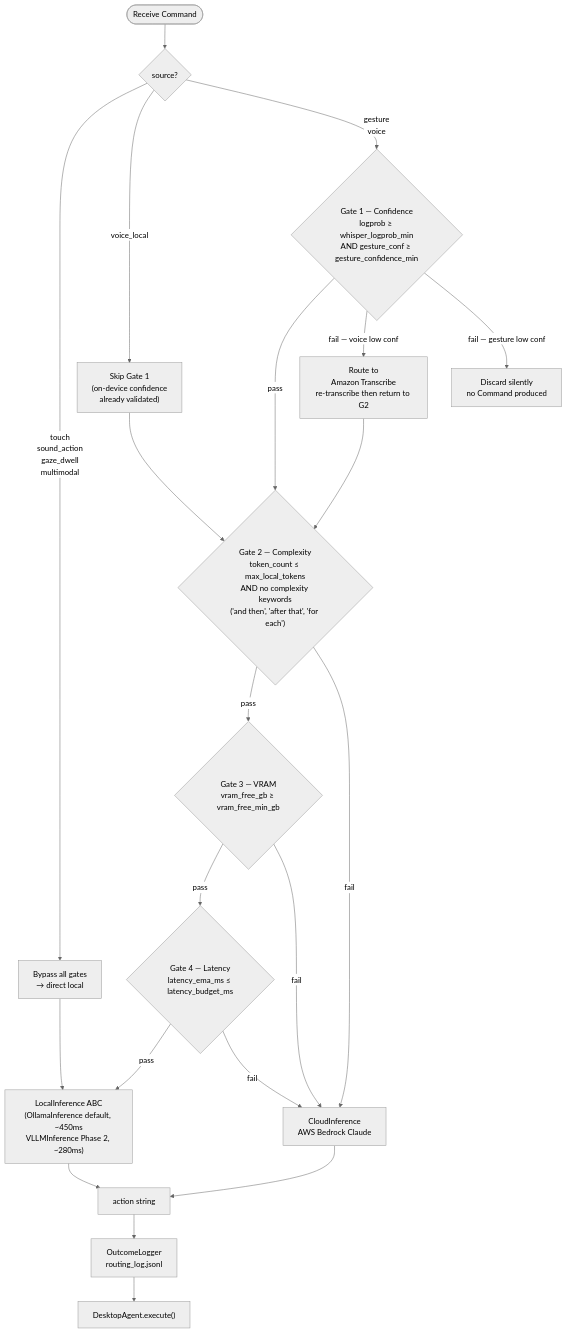
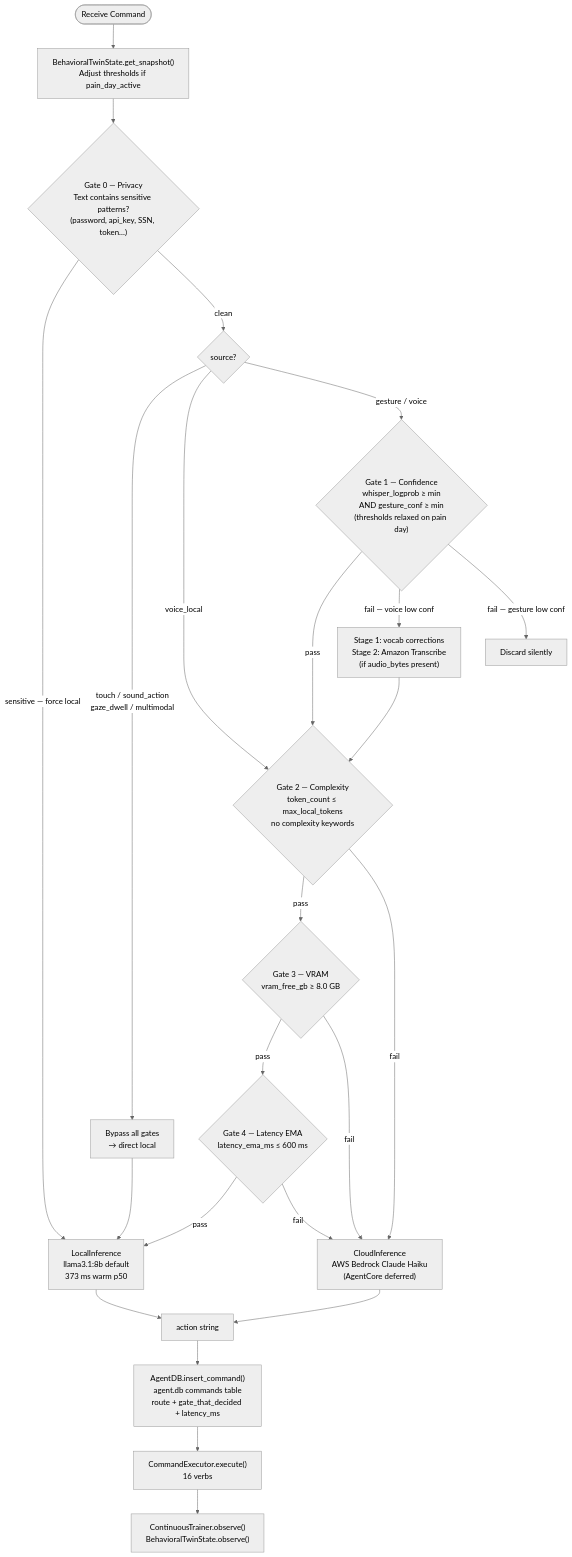
One commit to Bradly187/Personal-Desktop-Agent changed the second of 6 diagrams in .kiro/specs/ipad-sensor-focus/diagrams/06-fusion-routing.md. Above: the diagram before and after it, drawn with Mermaid (neutral theme). The commit also changed other lines of this file and 6 other files, not shown here.

````diff
--- a/.kiro/specs/ipad-sensor-focus/diagrams/06-fusion-routing.md
+++ b/.kiro/specs/ipad-sensor-focus/diagrams/06-fusion-routing.md
@@ -67,39 +67,44 @@
 ```mermaid
 flowchart TD
-    A([Receive Command]) --> B{"source?"}
+    A([Receive Command]) --> TWIN["BehavioralTwinState.get_snapshot()\nAdjust thresholds if pain_day_active"]
 
-    B -->|"touch\nsound_action\ngaze_dwell\nmultimodal"| BYPASS["Bypass all gates\n→ direct local"]
-    B -->|"voice_local"| SKIP1["Skip Gate 1\n(on-device confidence\nalready validated)"]
-    B -->|"gesture\nvoice"| G1
+    TWIN --> G0{"Gate 0 — Privacy\nText contains sensitive patterns?\n(password, api_key, SSN, token…)"}
+    G0 -->|sensitive — force local| LOCAL
+    G0 -->|clean| B
+
+    B{"source?"}
+    B -->|"touch / sound_action\ngaze_dwell / multimodal"| BYPASS["Bypass all gates\n→ direct local"]
+    B -->|"voice_local"| G2
+    B -->|"gesture / voice"| G1
 
     BYPASS --> LOCAL
-    SKIP1 --> G2
 
-    G1{"Gate 1 — Confidence\nlogprob ≥ whisper_logprob_min\nAND gesture_conf ≥ gesture_confidence_min"}
+    G1{"Gate 1 — Confidence\nwhisper_logprob ≥ min\nAND gesture_conf ≥ min\n(thresholds relaxed on pain day)"}
     G1 -->|pass| G2
-    G1 -->|fail — voice low conf| TRANSCRIBE["Route to\nAmazon Transcribe\nre-transcribe then return to G2"]
-    G1 -->|fail — gesture low conf| DISCARD["Discard silently\nno Command produced"]
+    G1 -->|fail — voice low conf| TRANSCRIBE["Stage 1: vocab corrections\nStage 2: Amazon Transcribe\n(if audio_bytes present)"]
+    G1 -->|fail — gesture low conf| DISCARD["Discard silently"]
 
     TRANSCRIBE --> G2
 
-    G2{"Gate 2 — Complexity\ntoken_count ≤ max_local_tokens\nAND no complexity keywords\n('and then', 'after that', 'for each')"}
+    G2{"Gate 2 — Complexity\ntoken_count ≤ max_local_tokens\nno complexity keywords"}
     G2 -->|pass| G3
-    G2 -->|fail| CLOUD["Route to\nAWS Bedrock\n(Claude — complex reasoning)"]
+    G2 -->|fail| CLOUD
 
-    G3{"Gate 3 — VRAM\nvram_free_gb ≥ vram_free_min_gb"}
+    G3{"Gate 3 — VRAM\nvram_free_gb ≥ 8.0 GB"}
     G3 -->|pass| G4
     G3 -->|fail| CLOUD
 
-    G4{"Gate 4 — Latency\nlatency_ema_ms ≤ latency_budget_ms"}
+    G4{"Gate 4 — Latency EMA\nlatency_ema_ms ≤ 600 ms"}
     G4 -->|pass| LOCAL
     G4 -->|fail| CLOUD
 
-    LOCAL["LocalInference ABC\n(OllamaInference default, ~450ms\nVLLMInference Phase 2, ~280ms)"]
-    CLOUD["CloudInference\nAWS Bedrock Claude"]
+    LOCAL["LocalInference\nllama3.1:8b default\n373 ms warm p50"]
+    CLOUD["CloudInference\nAWS Bedrock Claude Haiku\n(AgentCore deferred)"]
 
     LOCAL --> ACTION["action string"]
     CLOUD --> ACTION
 
-    ACTION --> LOG["OutcomeLogger\nrouting_log.jsonl"]
-    LOG --> AGENT["DesktopAgent.execute()"]
+    ACTION --> LOG["AgentDB.insert_command()\nagent.db commands table\nroute + gate_that_decided + latency_ms"]
+    LOG --> EXEC["CommandExecutor.execute()\n16 verbs"]
+    EXEC --> TRAINER["ContinuousTrainer.observe()\nBehavioralTwinState.observe()"]
 ```
````
